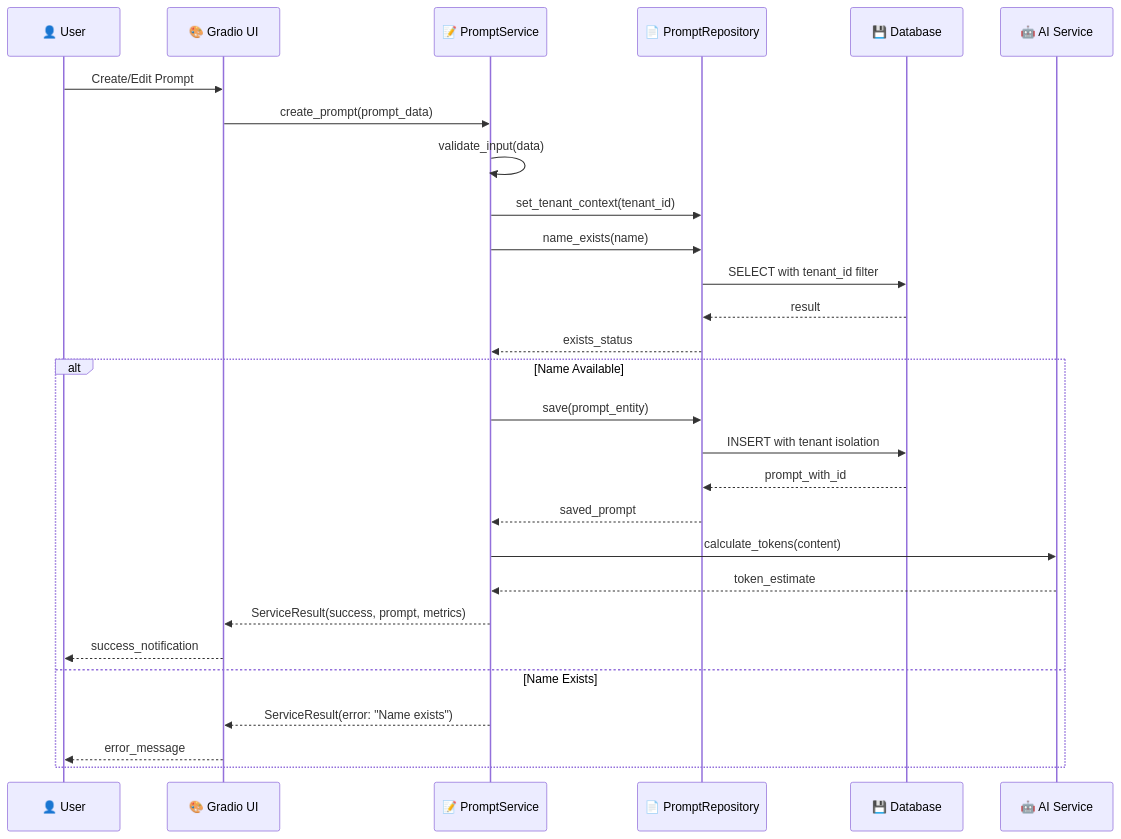
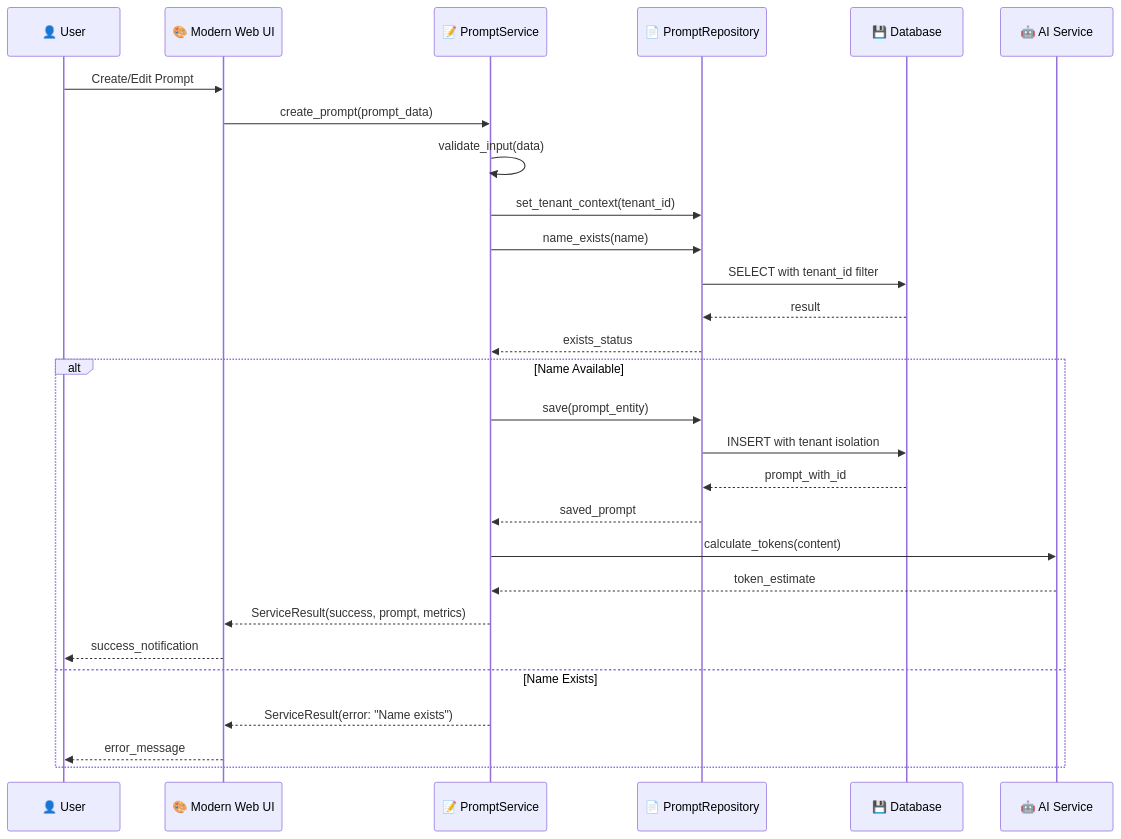
Before and after one commit to MakerCorn/ai-prompt-manager: the third of 16 diagrams in docs/ARCHITECTURE.md, drawn with Mermaid. The commit also changed other lines of this file and 4 other files, not shown here.

````diff
--- a/docs/ARCHITECTURE.md
+++ b/docs/ARCHITECTURE.md
@@ -234,33 +234,33 @@
 ```mermaid
 sequenceDiagram
     participant U as 👤 User
-    participant UI as 🎨 Gradio UI
+    participant UI as 🎨 Modern Web UI
     participant PS as 📝 PromptService
     participant PR as 📄 PromptRepository
     participant DB as 💾 Database
     participant AI as 🤖 AI Service
 
     U->>UI: Create/Edit Prompt
     UI->>PS: create_prompt(prompt_data)
     
     PS->>PS: validate_input(data)
     PS->>PR: set_tenant_context(tenant_id)
     PS->>PR: name_exists(name)
     PR->>DB: SELECT with tenant_id filter
     DB-->>PR: result
     PR-->>PS: exists_status
     
     alt Name Available
         PS->>PR: save(prompt_entity)
         PR->>DB: INSERT with tenant isolation
         DB-->>PR: prompt_with_id
         PR-->>PS: saved_prompt
         PS->>AI: calculate_tokens(content)
         AI-->>PS: token_estimate
         PS-->>UI: ServiceResult(success, prompt, metrics)
         UI-->>U: success_notification
     else Name Exists
         PS-->>UI: ServiceResult(error: "Name exists")
         UI-->>U: error_message
     end
 ```
````
